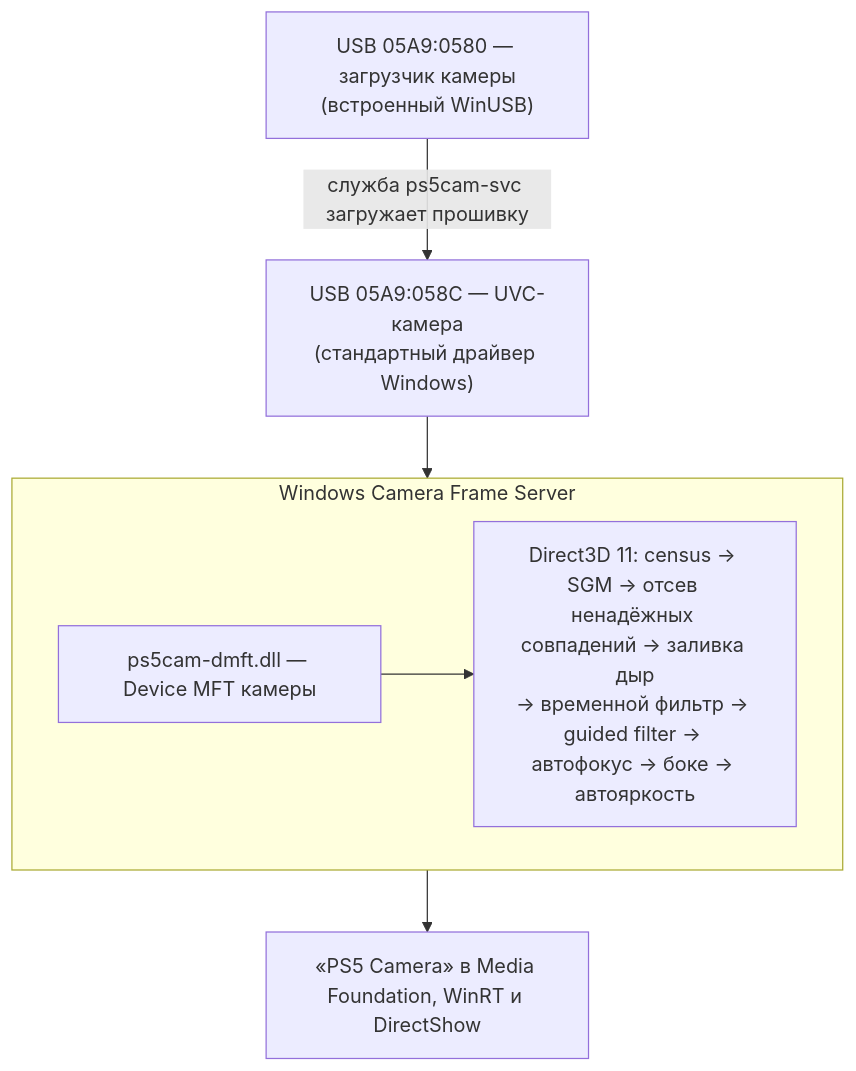
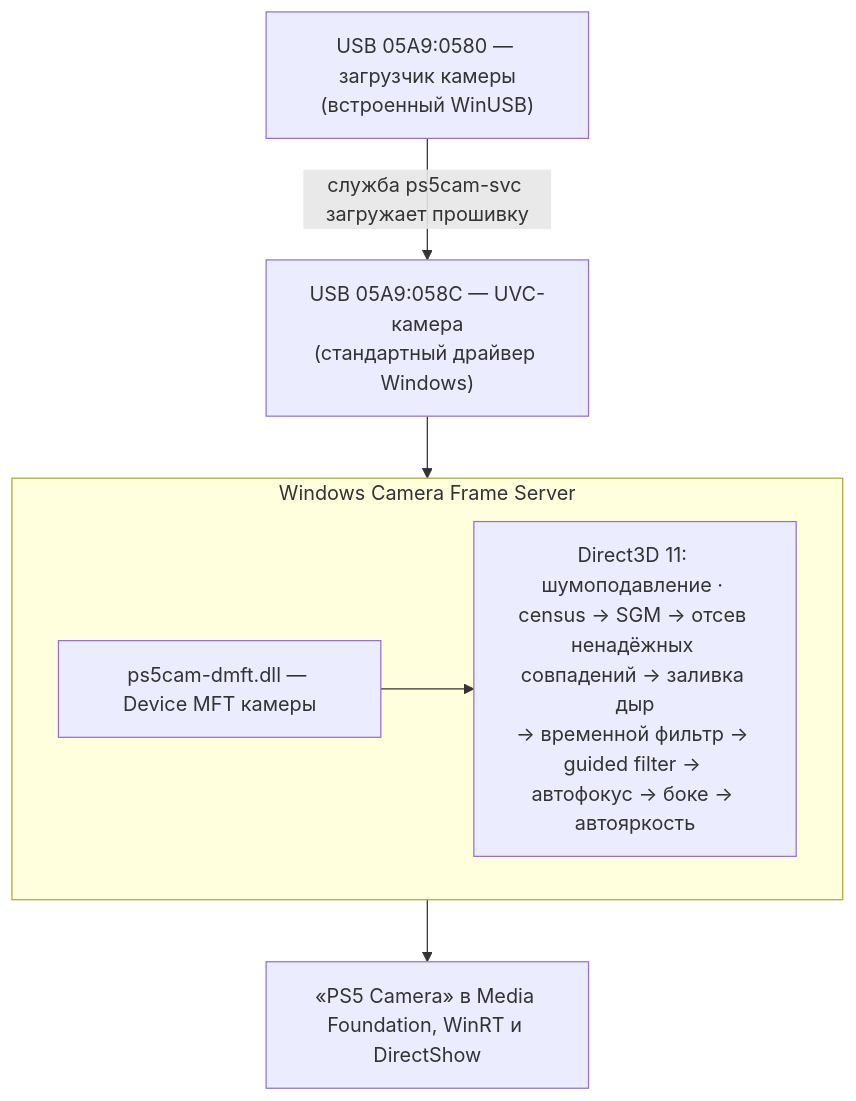
The diagram in README.ru.md (KROU4/PS5CameraDriver), drawn with Mermaid before and after one commit. The commit also changed other lines of this file and 46 other files, not shown here.

````diff
--- a/README.ru.md
+++ b/README.ru.md
@@ -71,11 +76,11 @@
 ```mermaid
 flowchart TB
     boot["USB 05A9:0580 — загрузчик камеры<br/>(встроенный WinUSB)"] -->|"служба ps5cam-svc загружает прошивку"| uvc
     uvc["USB 05A9:058C — UVC-камера<br/>(стандартный драйвер Windows)"] --> fs
     subgraph fs["Windows Camera Frame Server"]
         dmft["ps5cam-dmft.dll — Device MFT камеры"]
-        gpu["Direct3D 11: census → SGM → отсев ненадёжных совпадений → заливка дыр<br/>→ временной фильтр → guided filter → автофокус → боке → автояркость"]
+        gpu["Direct3D 11: шумоподавление · census → SGM → отсев ненадёжных совпадений → заливка дыр<br/>→ временной фильтр → guided filter → автофокус → боке → автояркость"]
         dmft --> gpu
     end
     fs --> apps["«PS5 Camera» в Media Foundation, WinRT и DirectShow"]
 ```
````
